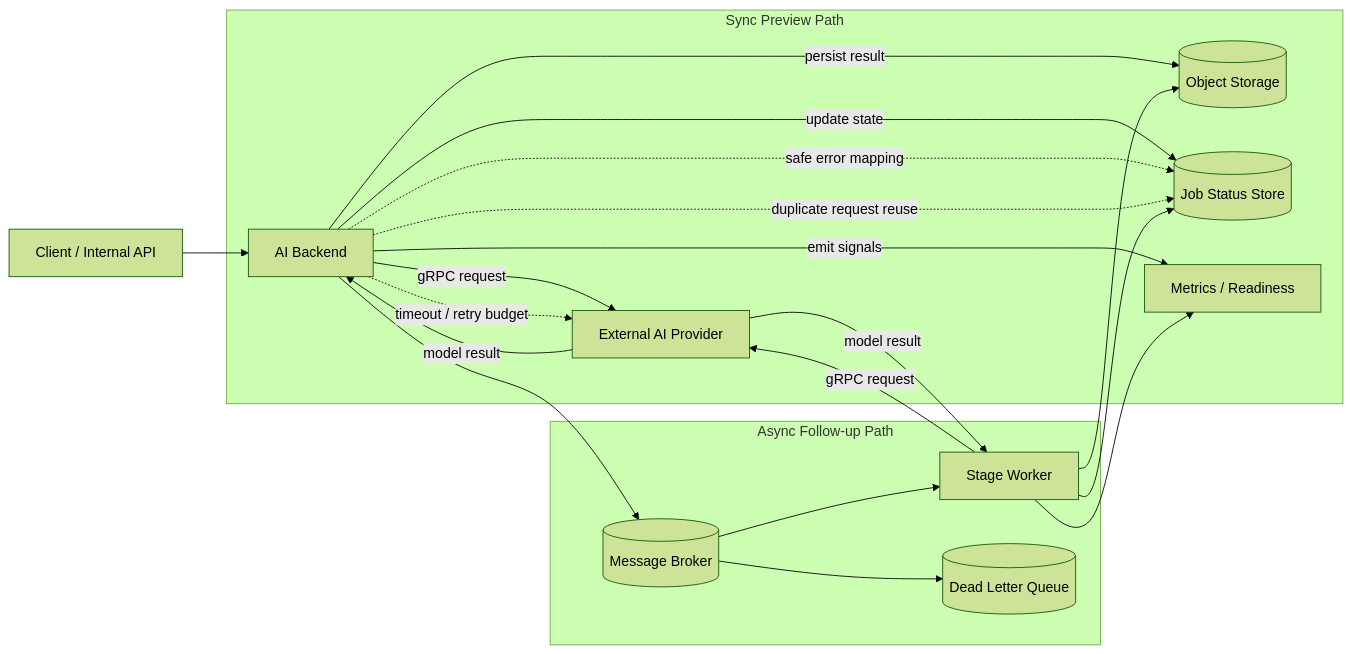
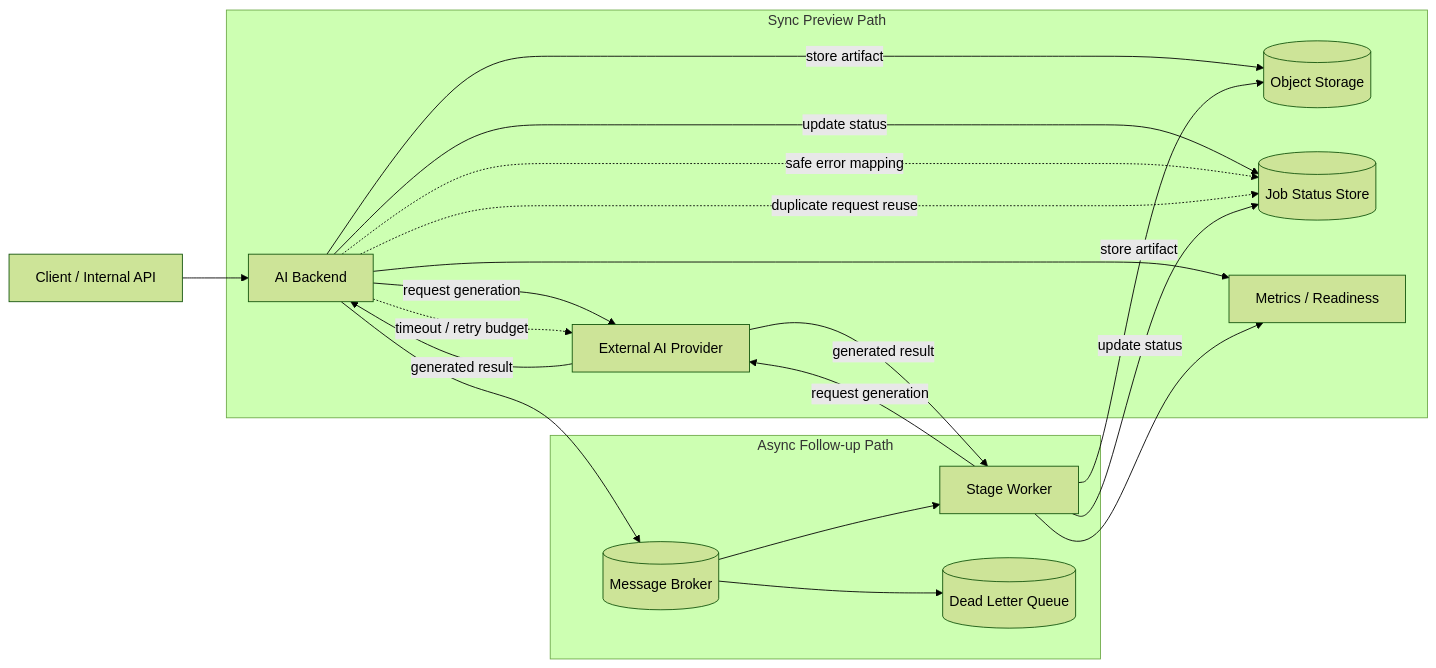
One commit to bang9ming9/bang9ming9 changed the diagram in projects/external-ai-model-call-backend-stabilization.md. Above: the diagram before and after it, drawn with Mermaid (forest theme). The commit also changed other lines of this file, not shown here.

Commit message:
clarify ai backend flow ownership

````diff
--- a/projects/external-ai-model-call-backend-stabilization.md
+++ b/projects/external-ai-model-call-backend-stabilization.md
@@ -100,27 +100,27 @@
 ```mermaid
 flowchart LR
     Client[Client / Internal API] --> API[AI Backend]
 
     subgraph Sync[Sync Preview Path]
-        API -->|gRPC request| Provider[External AI Provider]
-        Provider -->|model result| API
-        API -->|persist result| Storage[(Object Storage)]
-        API -->|update state| Status[(Job Status Store)]
-        API -->|emit signals| Obs[Metrics / Readiness]
+        API -->|request generation| Provider[External AI Provider]
+        Provider -->|generated result| API
+        API -->|store artifact| Storage[(Object Storage)]
+        API -->|update status| Status[(Job Status Store)]
+        API --> Obs[Metrics / Readiness]
         API -. timeout / retry budget .-> Provider
         API -. safe error mapping .-> Status
         API -. duplicate request reuse .-> Status
     end
 
     subgraph Async[Async Follow-up Path]
         Broker[(Message Broker)] --> Worker[Stage Worker]
-        Worker -->|gRPC request| Provider[External AI Provider]
-        Provider -->|model result| Worker
-        Worker --> Storage
-        Worker --> Status
+        Worker -->|request generation| Provider[External AI Provider]
+        Provider -->|generated result| Worker
+        Worker -->|store artifact| Storage
+        Worker -->|update status| Status
         Worker --> Obs[Metrics / Readiness]
         Broker --> DLQ[(Dead Letter Queue)]
     end
 
     API --> Broker
 ```
````
